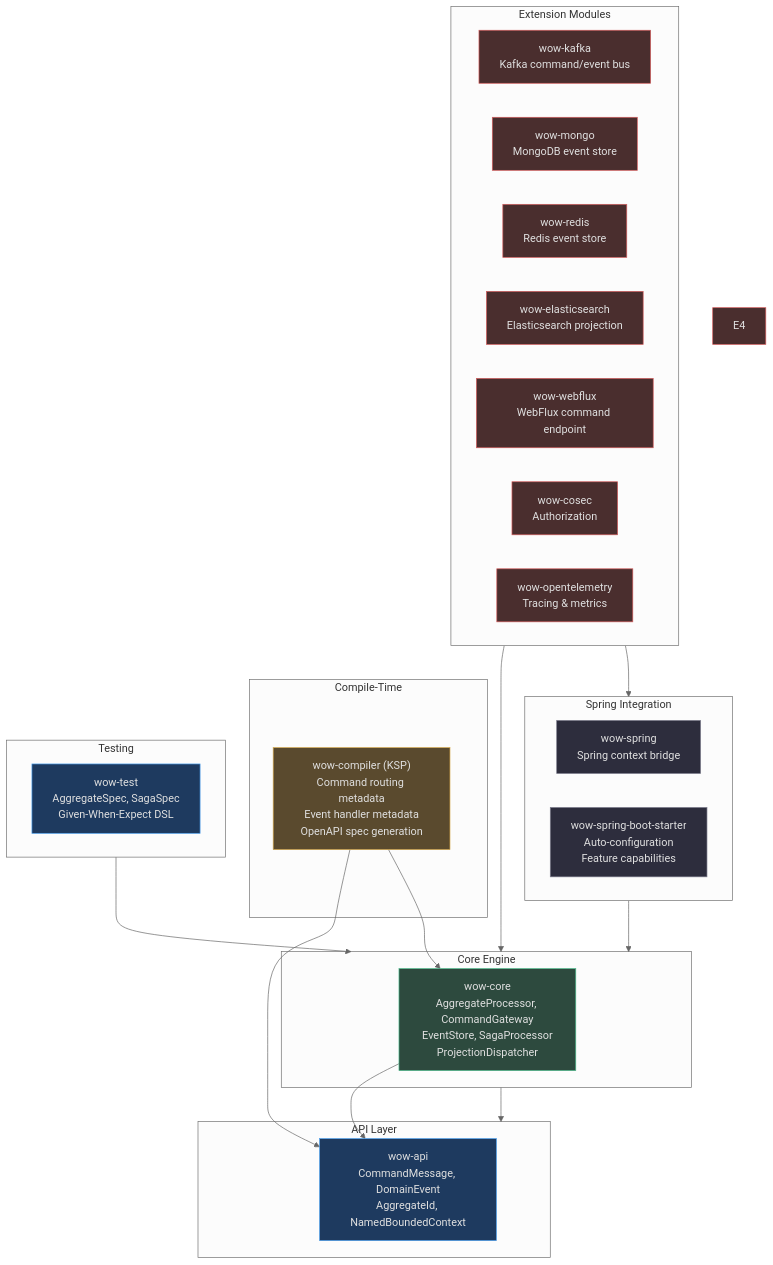
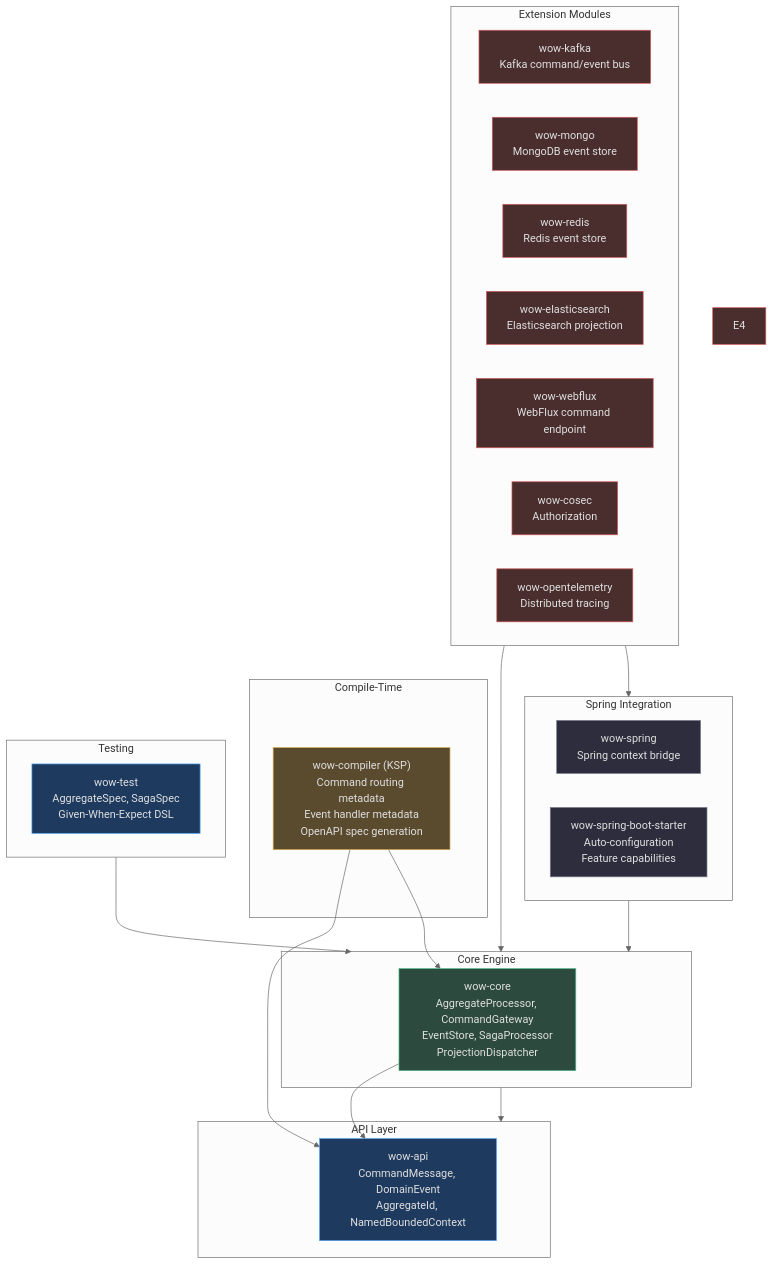
The first of 6 diagrams in documentation/docs/en/guide/advanced/architecture.md (Ahoo-Wang/Wow), drawn with Mermaid (neutral theme) before and after one commit. The commit also changed other lines of this file and 11 other files, not shown here.

````diff
--- a/documentation/docs/en/guide/advanced/architecture.md
+++ b/documentation/docs/en/guide/advanced/architecture.md
@@ -32,57 +32,57 @@
 ```mermaid
 flowchart TB
     subgraph API["API Layer<br>"]
         A1["wow-api<br>CommandMessage, DomainEvent<br>AggregateId, NamedBoundedContext"]
     end
 
     subgraph CORE["Core Engine"]
         C1["wow-core<br>AggregateProcessor, CommandGateway<br>EventStore, SagaProcessor<br>ProjectionDispatcher"]
     end
 
     subgraph COMPILE["Compile-Time"]
         K1["wow-compiler (KSP)<br>Command routing metadata<br>Event handler metadata<br>OpenAPI spec generation"]
     end
 
     subgraph EXT["Extension Modules"]
         E1["wow-kafka<br>Kafka command/event bus"]
         E2["wow-mongo<br>MongoDB event store"]
         E3["wow-redis<br>Redis event store"]
         E5["wow-elasticsearch<br>Elasticsearch projection"]
         E6["wow-webflux<br>WebFlux command endpoint"]
         E7["wow-cosec<br>Authorization"]
-        E8["wow-opentelemetry<br>Tracing & metrics"]
+        E8["wow-opentelemetry<br>Distributed tracing"]
     end
 
     subgraph SPRING["Spring Integration"]
         S1["wow-spring<br>Spring context bridge"]
         S2["wow-spring-boot-starter<br>Auto-configuration<br>Feature capabilities"]
     end
 
     subgraph TEST["Testing"]
         T1["wow-test<br>AggregateSpec, SagaSpec<br>Given-When-Expect DSL"]
     end
 
     C1 --> A1
     K1 --> A1
     K1 --> C1
     CORE --> API
     EXT --> CORE
     SPRING --> CORE
     EXT --> SPRING
     TEST --> CORE
 
     style A1 fill:#1e3a5f,stroke:#4a9eed,color:#e0e0e0
     style C1 fill:#2d4a3e,stroke:#4aba8a,color:#e0e0e0
     style K1 fill:#5a4a2e,stroke:#d4a84b,color:#e0e0e0
     style E1 fill:#4a2e2e,stroke:#d45b5b,color:#e0e0e0
     style E2 fill:#4a2e2e,stroke:#d45b5b,color:#e0e0e0
     style E3 fill:#4a2e2e,stroke:#d45b5b,color:#e0e0e0
     style E4 fill:#4a2e2e,stroke:#d45b5b,color:#e0e0e0
     style E5 fill:#4a2e2e,stroke:#d45b5b,color:#e0e0e0
     style E6 fill:#4a2e2e,stroke:#d45b5b,color:#e0e0e0
     style E7 fill:#4a2e2e,stroke:#d45b5b,color:#e0e0e0
     style E8 fill:#4a2e2e,stroke:#d45b5b,color:#e0e0e0
     style S1 fill:#2d2d3d,stroke:#7a7a8a,color:#e0e0e0
     style S2 fill:#2d2d3d,stroke:#7a7a8a,color:#e0e0e0
     style T1 fill:#1e3a5f,stroke:#4a9eed,color:#e0e0e0
 ```
````
